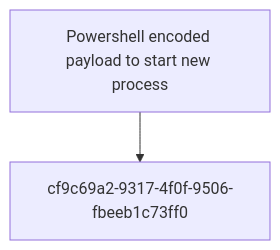
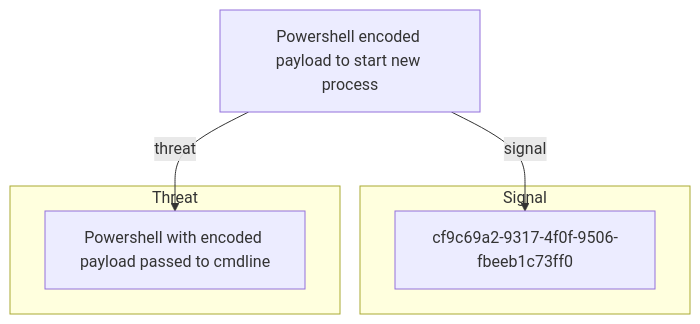
The diagram in docs/objectives/powershell-encoded-payload-to-start-new-process.md (opentidehq/library), drawn with Mermaid before and after one commit. The commit also changed other lines of this file and 277 other files, not shown here.

````diff
--- a/docs/objectives/powershell-encoded-payload-to-start-new-process.md
+++ b/docs/objectives/powershell-encoded-payload-to-start-new-process.md
@@ -94,6 +125,12 @@
 ```mermaid
 flowchart TB
+subgraph "Signal"
+cf9c69a2_9317_4f0f_9506_fbeeb1c73ff0["cf9c69a2-9317-4f0f-9506-fbeeb1c73ff0"]
+end
+subgraph "Threat"
+bdc58fee_8da6_4fc9_8fbd_30f8fd156bc7["Powershell with encoded payload passed to cmdline"]
+end
 bfeb24bf_8a17_4ccc_8aec_91721743153d["Powershell encoded payload to start new process"]
-cf9c69a2_9317_4f0f_9506_fbeeb1c73ff0["cf9c69a2-9317-4f0f-9506-fbeeb1c73ff0"]
-bfeb24bf_8a17_4ccc_8aec_91721743153d --> cf9c69a2_9317_4f0f_9506_fbeeb1c73ff0
+bfeb24bf_8a17_4ccc_8aec_91721743153d -->|signal| cf9c69a2_9317_4f0f_9506_fbeeb1c73ff0
+bfeb24bf_8a17_4ccc_8aec_91721743153d -->|threat| bdc58fee_8da6_4fc9_8fbd_30f8fd156bc7
 ```
````
